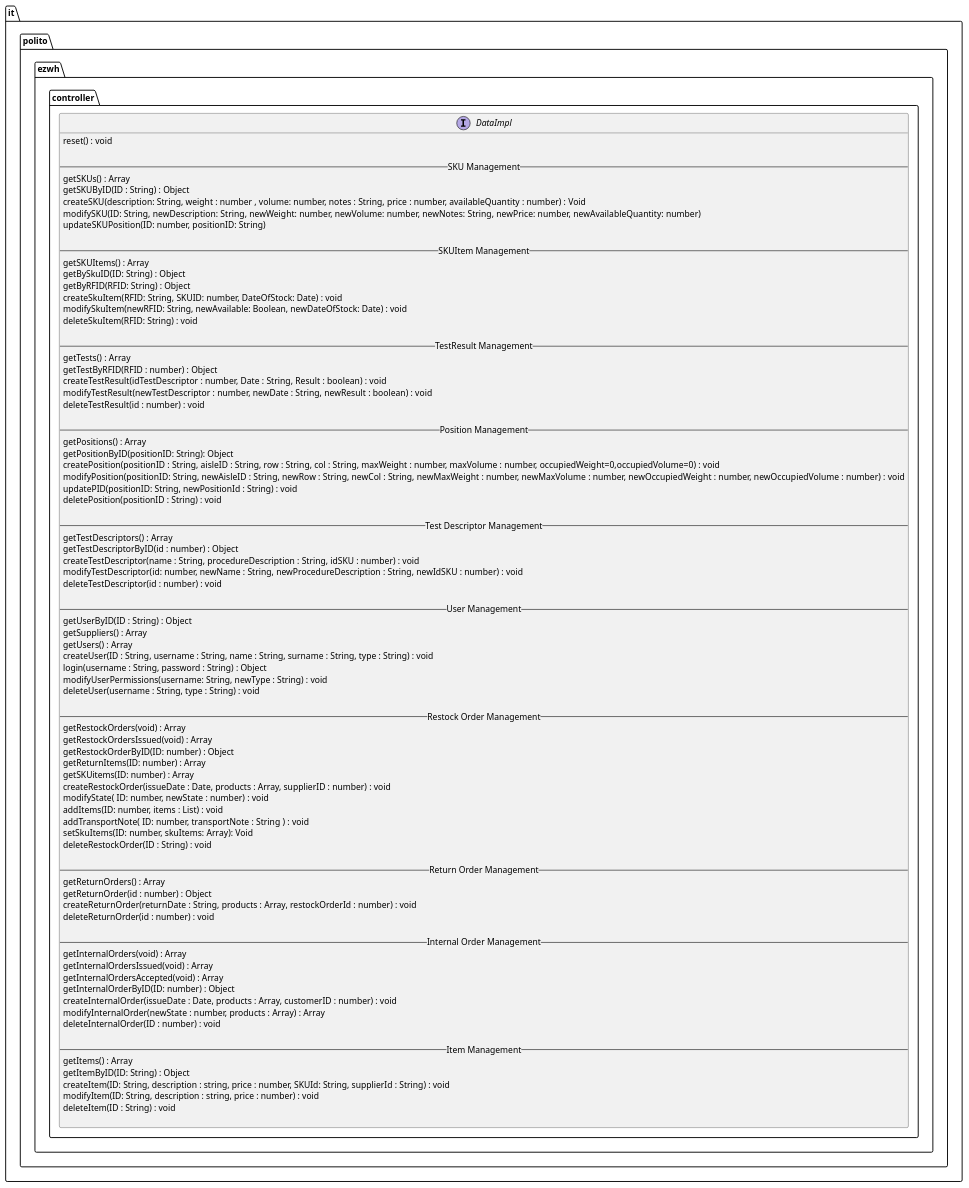
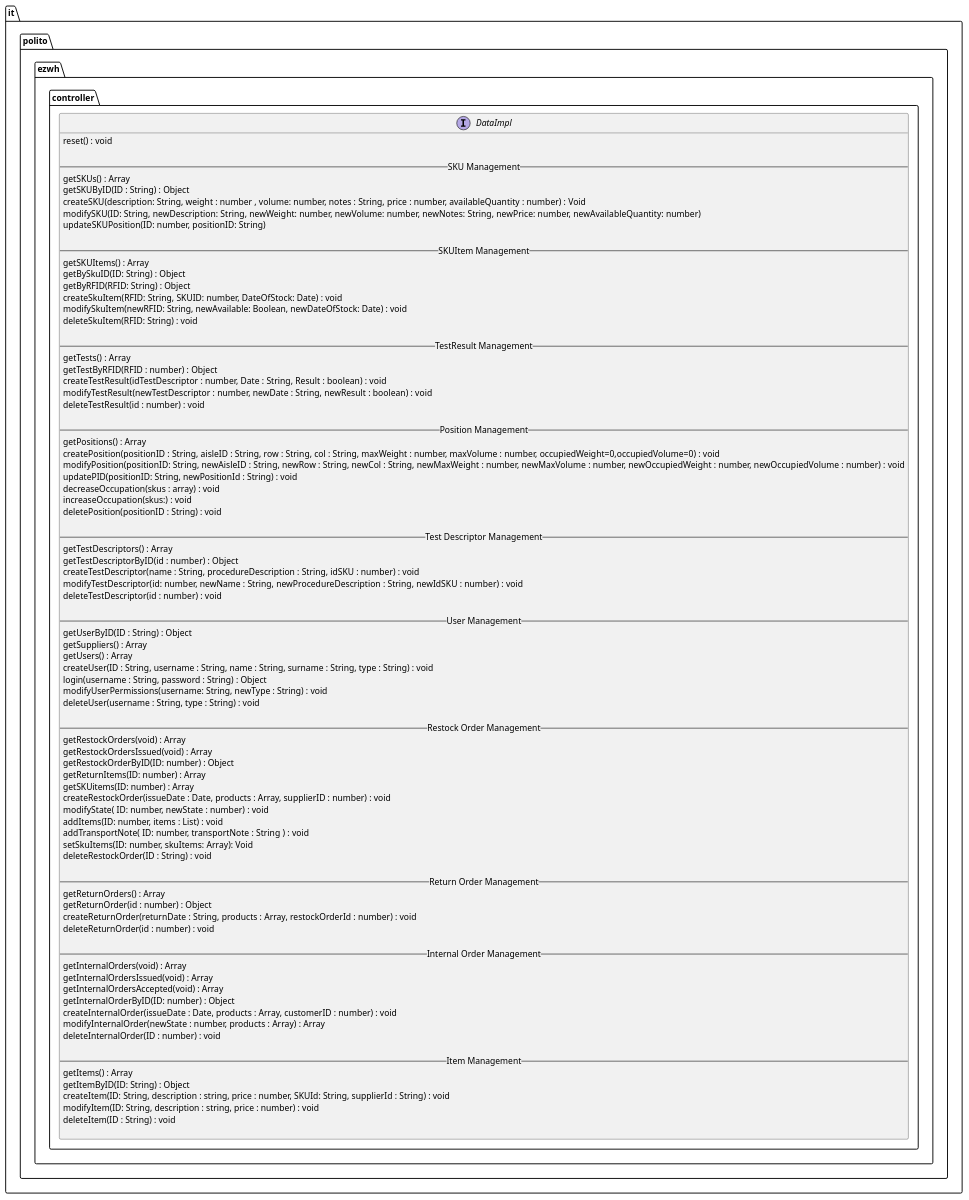
Before and after one commit to DavideArcolini/SoftEng_garbageCollector: the second of 7 diagrams in DESIGN PART/DesignDocument.md, drawn with PlantUML. The commit also changed other lines of this file, not shown here.

```diff
--- a/DESIGN PART/DesignDocument.md
+++ b/DESIGN PART/DesignDocument.md
@@ -83,10 +83,11 @@
     
     -- Position Management --
     getPositions() : Array
-    getPositionByID(positionID: String): Object
     createPosition(positionID : String, aisleID : String, row : String, col : String, maxWeight : number, maxVolume : number, occupiedWeight=0,occupiedVolume=0) : void
     modifyPosition(positionID: String, newAisleID : String, newRow : String, newCol : String, newMaxWeight : number, newMaxVolume : number, newOccupiedWeight : number, newOccupiedVolume : number) : void
     updatePID(positionID: String, newPositionId : String) : void
+    decreaseOccupation(skus : array) : void
+    increaseOccupation(skus:) : void
     deletePosition(positionID : String) : void
     
     -- Test Descriptor Management --
```
